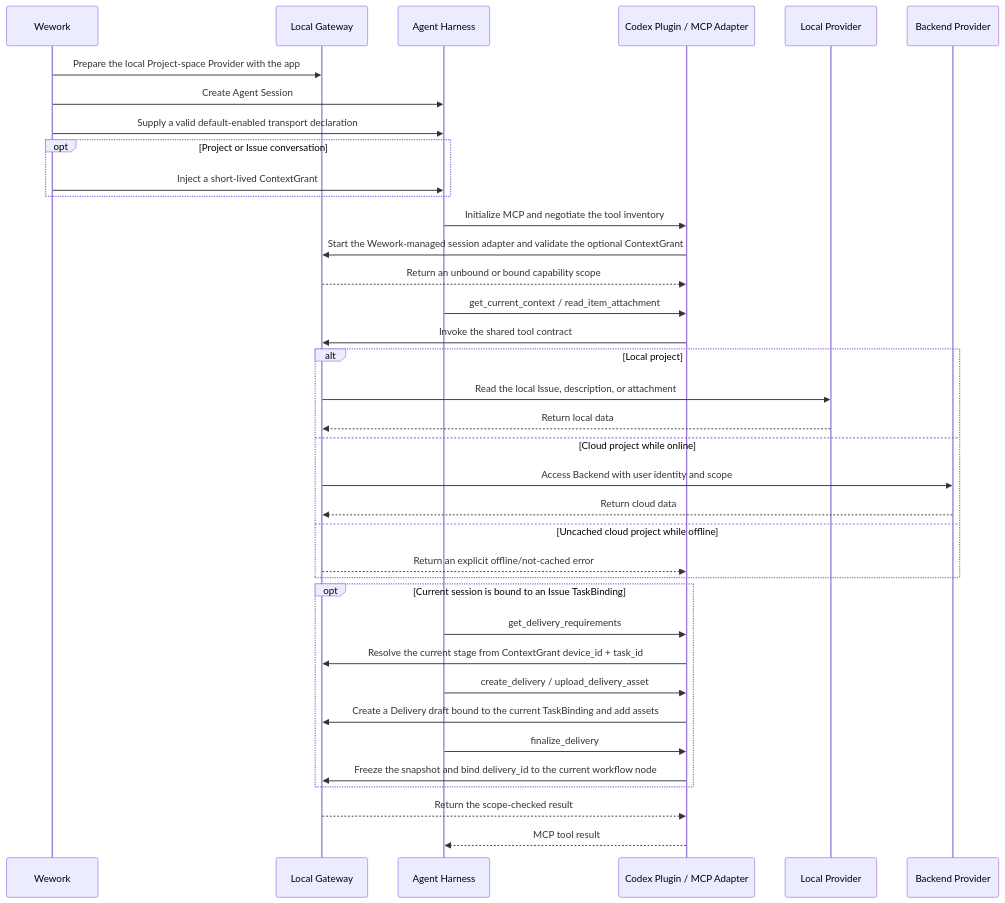
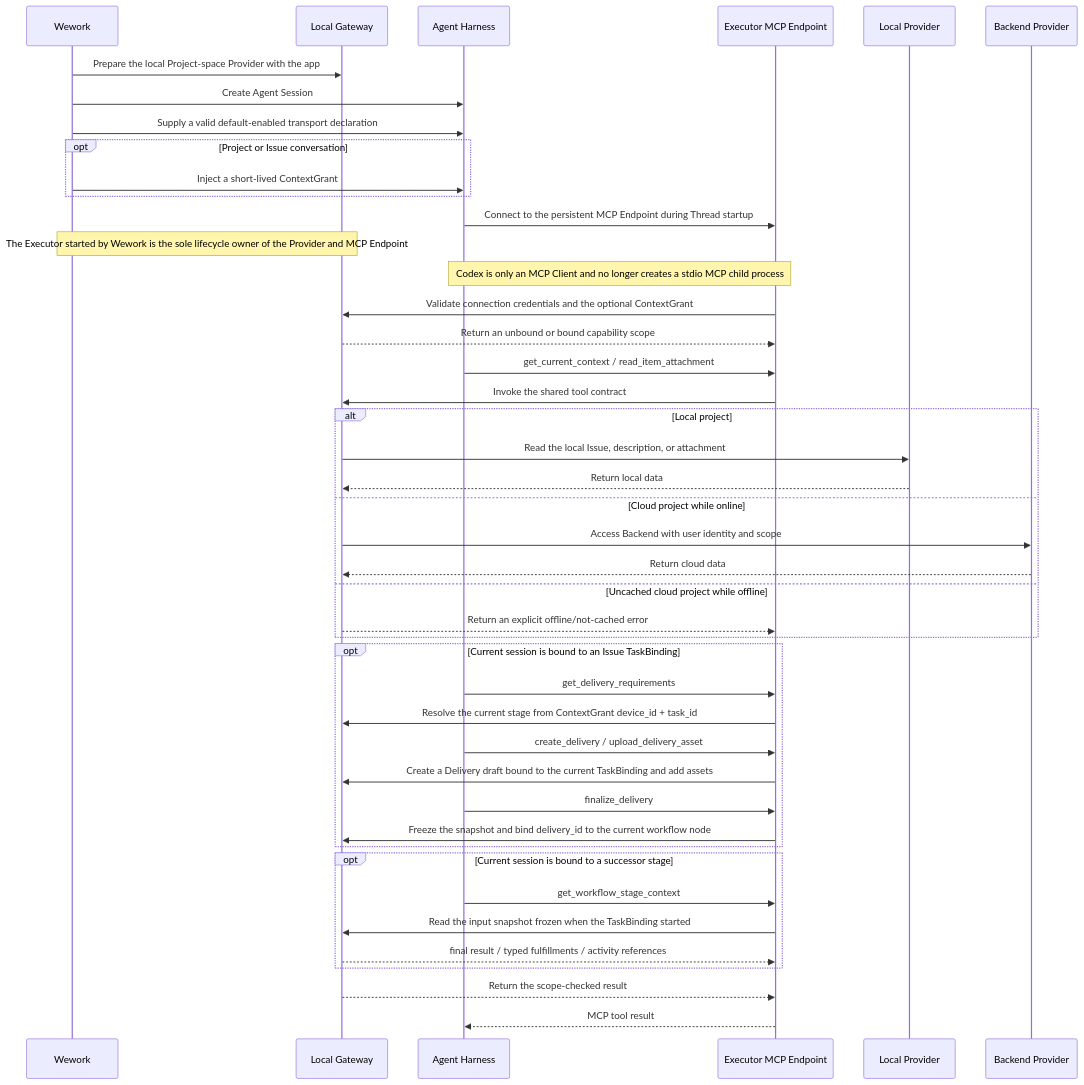
The second of 2 diagrams in docs/en/architecture/project-space-agent-capability.md (wecode-ai/Wegent), drawn with Mermaid before and after one commit. The commit also changed other lines of this file and 89 other files, not shown here.

````diff
--- a/docs/en/architecture/project-space-agent-capability.md
+++ b/docs/en/architecture/project-space-agent-capability.md
@@ -32,40 +29,47 @@
 ```mermaid
 sequenceDiagram
     participant W as Wework
     participant G as Local Gateway
     participant H as Agent Harness
-    participant P as Codex Plugin / MCP Adapter
+    participant P as Executor MCP Endpoint
     participant L as Local Provider
     participant B as Backend Provider
 
     W->>G: Prepare the local Project-space Provider with the app
     W->>H: Create Agent Session
     W->>H: Supply a valid default-enabled transport declaration
     opt Project or Issue conversation
         W->>H: Inject a short-lived ContextGrant
     end
-    H->>P: Initialize MCP and negotiate the tool inventory
-    P->>G: Start the Wework-managed session adapter and validate the optional ContextGrant
+    H->>P: Connect to the persistent MCP Endpoint during Thread startup
+    Note over W,G: The Executor started by Wework is the sole lifecycle owner of the Provider and MCP Endpoint
+    Note over H,P: Codex is only an MCP Client and no longer creates a stdio MCP child process
+    P->>G: Validate connection credentials and the optional ContextGrant
     G-->>P: Return an unbound or bound capability scope
     H->>P: get_current_context / read_item_attachment
     P->>G: Invoke the shared tool contract
     alt Local project
         G->>L: Read the local Issue, description, or attachment
         L-->>G: Return local data
     else Cloud project while online
         G->>B: Access Backend with user identity and scope
         B-->>G: Return cloud data
     else Uncached cloud project while offline
         G-->>P: Return an explicit offline/not-cached error
     end
     opt Current session is bound to an Issue TaskBinding
         H->>P: get_delivery_requirements
         P->>G: Resolve the current stage from ContextGrant device_id + task_id
         H->>P: create_delivery / upload_delivery_asset
         P->>G: Create a Delivery draft bound to the current TaskBinding and add assets
         H->>P: finalize_delivery
         P->>G: Freeze the snapshot and bind delivery_id to the current workflow node
     end
+    opt Current session is bound to a successor stage
+        H->>P: get_workflow_stage_context
+        P->>G: Read the input snapshot frozen when the TaskBinding started
+        G-->>P: final result / typed fulfillments / activity references
+    end
     G-->>P: Return the scope-checked result
     P-->>H: MCP tool result
 ```
````
